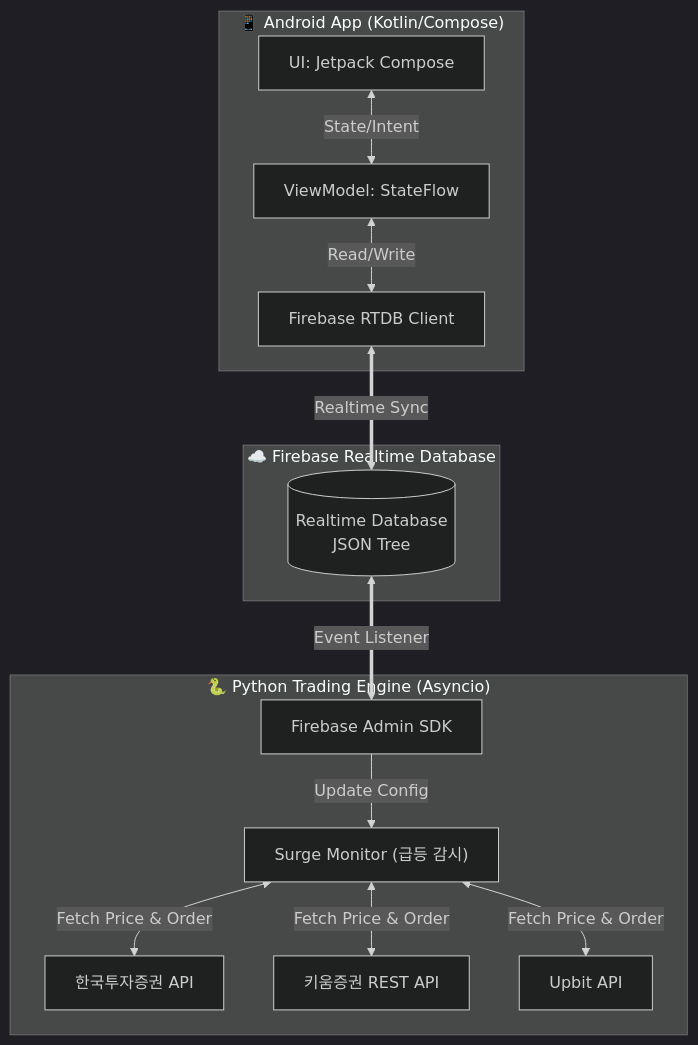
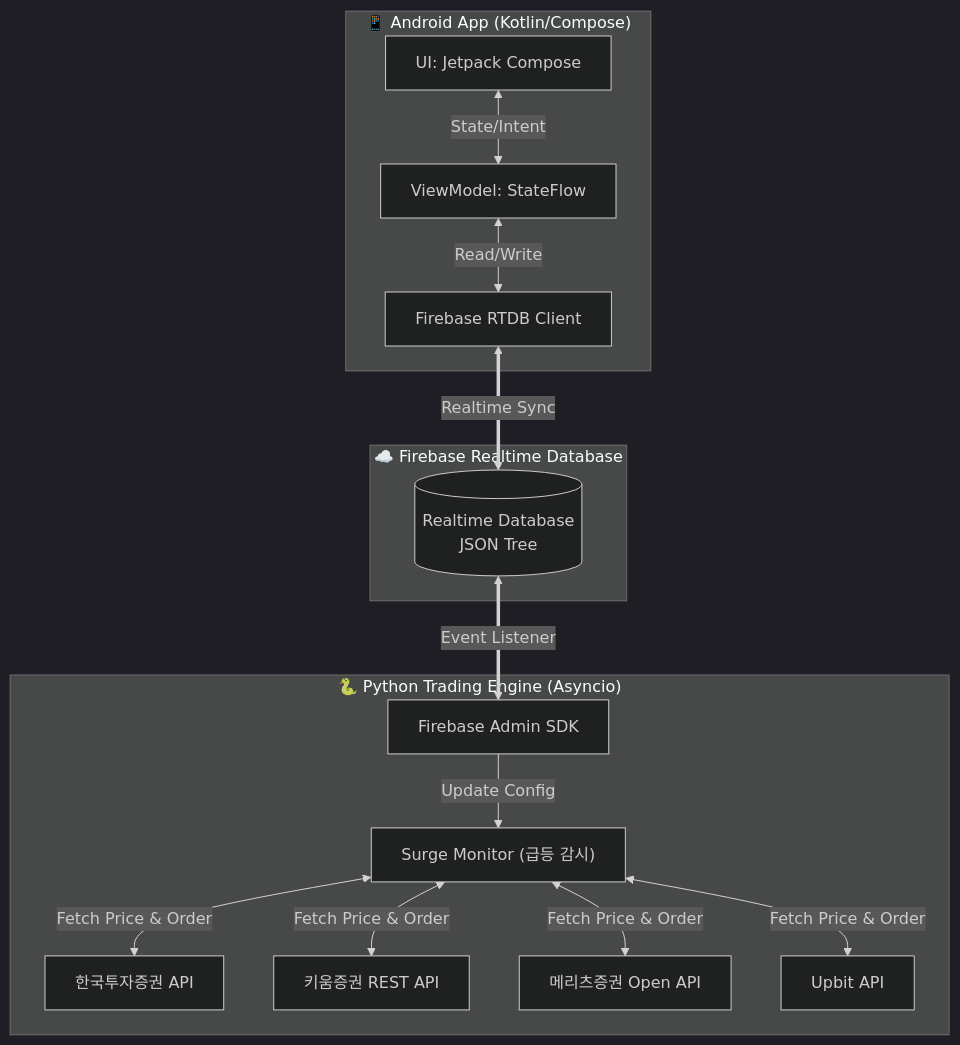
Before and after one commit to pisety/MyAutoTrading: the diagram in ARCHITECTURE.md, drawn with Mermaid (dark theme). The commit also changed other lines of this file and 77 other files, not shown here.

````diff
--- a/ARCHITECTURE.md
+++ b/ARCHITECTURE.md
@@ -11,31 +11,33 @@
 ```mermaid
 flowchart TD
     subgraph Client ["📱 Android App (Kotlin/Compose)"]
         UI["UI: Jetpack Compose"]
         VM["ViewModel: StateFlow"]
         FB_Client["Firebase RTDB Client"]
     end
 
     subgraph Database ["☁️ Firebase Realtime Database"]
         RTDB[("Realtime Database\nJSON Tree")]
     end
 
     subgraph Backend ["🐍 Python Trading Engine (Asyncio)"]
         FB_Server["Firebase Admin SDK"]
         Watcher["Surge Monitor (급등 감시)"]
         Broker_KIS["한국투자증권 API"]
         Broker_Kiwoom["키움증권 REST API"]
+        Broker_Meritz["메리츠증권 Open API"]
         Broker_Crypto["Upbit API"]
     end
 
     %% 데이터 흐름
     UI <-->|State/Intent| VM
     VM <-->|Read/Write| FB_Client
     FB_Client <==>|Realtime Sync| RTDB
     RTDB <==>|Event Listener| FB_Server
     FB_Server -->|Update Config| Watcher
     
     Watcher <-->|Fetch Price & Order| Broker_KIS
     Watcher <-->|Fetch Price & Order| Broker_Kiwoom
+    Watcher <-->|Fetch Price & Order| Broker_Meritz
     Watcher <-->|Fetch Price & Order| Broker_Crypto
 ```
````
